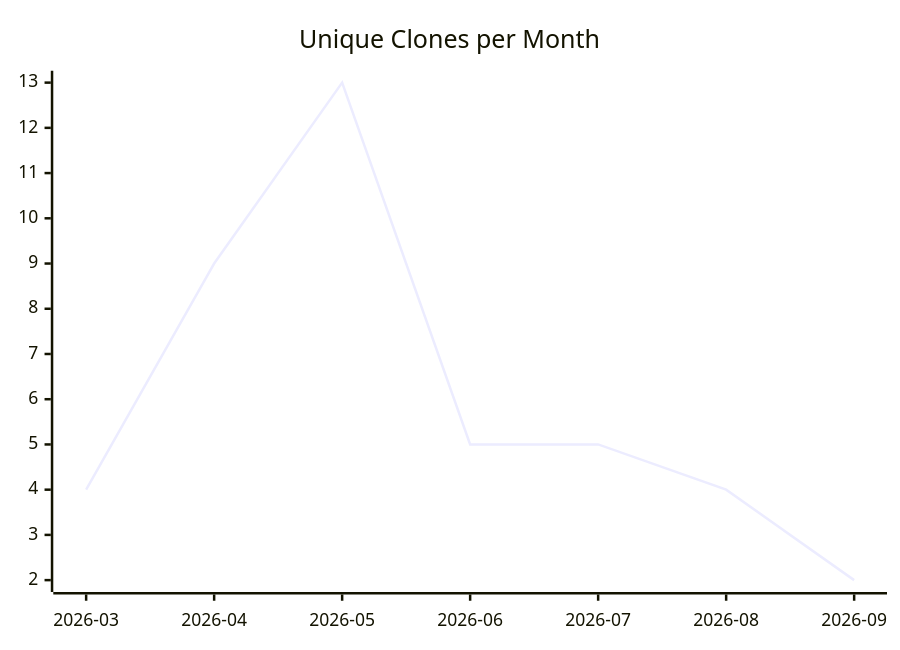
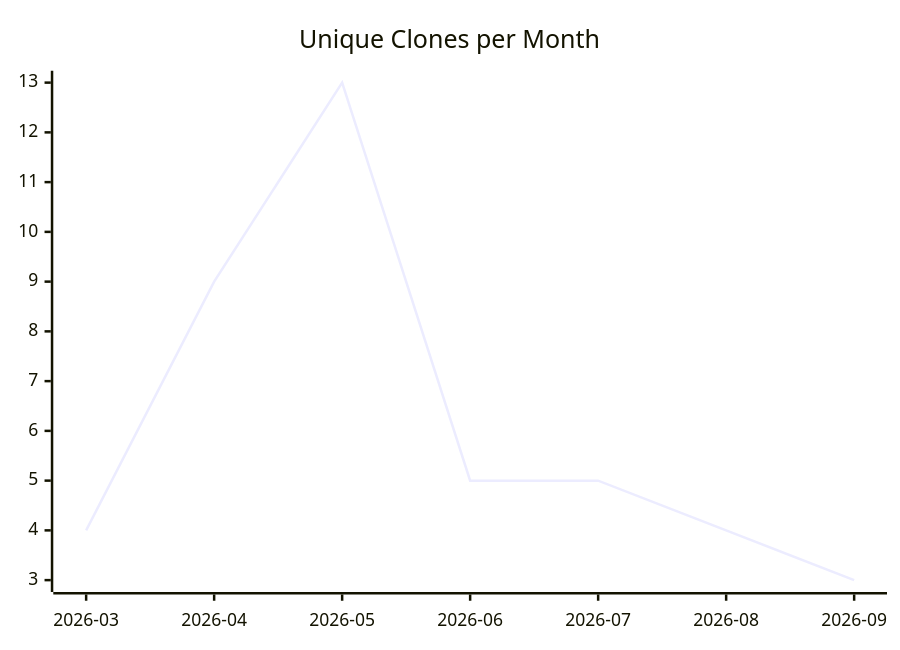
The third of 3 diagrams in karlmdavis/justdavis-puppet/README.md (justdavis-family/github-analytics-data), drawn with Mermaid before and after one commit. The commit also changed other lines of this file and 189 other files, not shown here.

````diff
--- a/karlmdavis/justdavis-puppet/README.md
+++ b/karlmdavis/justdavis-puppet/README.md
@@ -19,6 +19,6 @@
 ```mermaid
 xychart-beta
   title "Unique Clones per Month"
   x-axis ["2026-03", "2026-04", "2026-05", "2026-06", "2026-07", "2026-08", "2026-09"]
-  line [4, 9, 13, 5, 5, 4, 2]
+  line [4, 9, 13, 5, 5, 4, 3]
 ```
````
